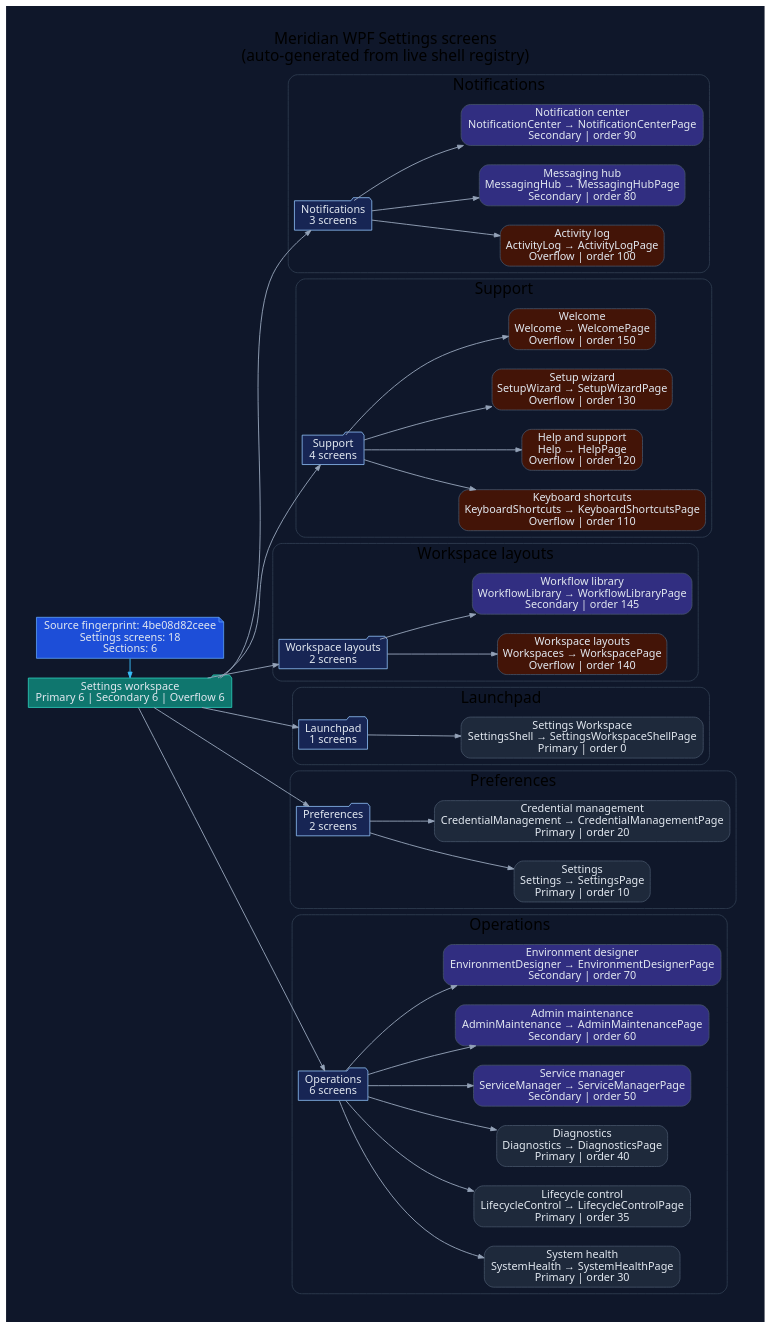
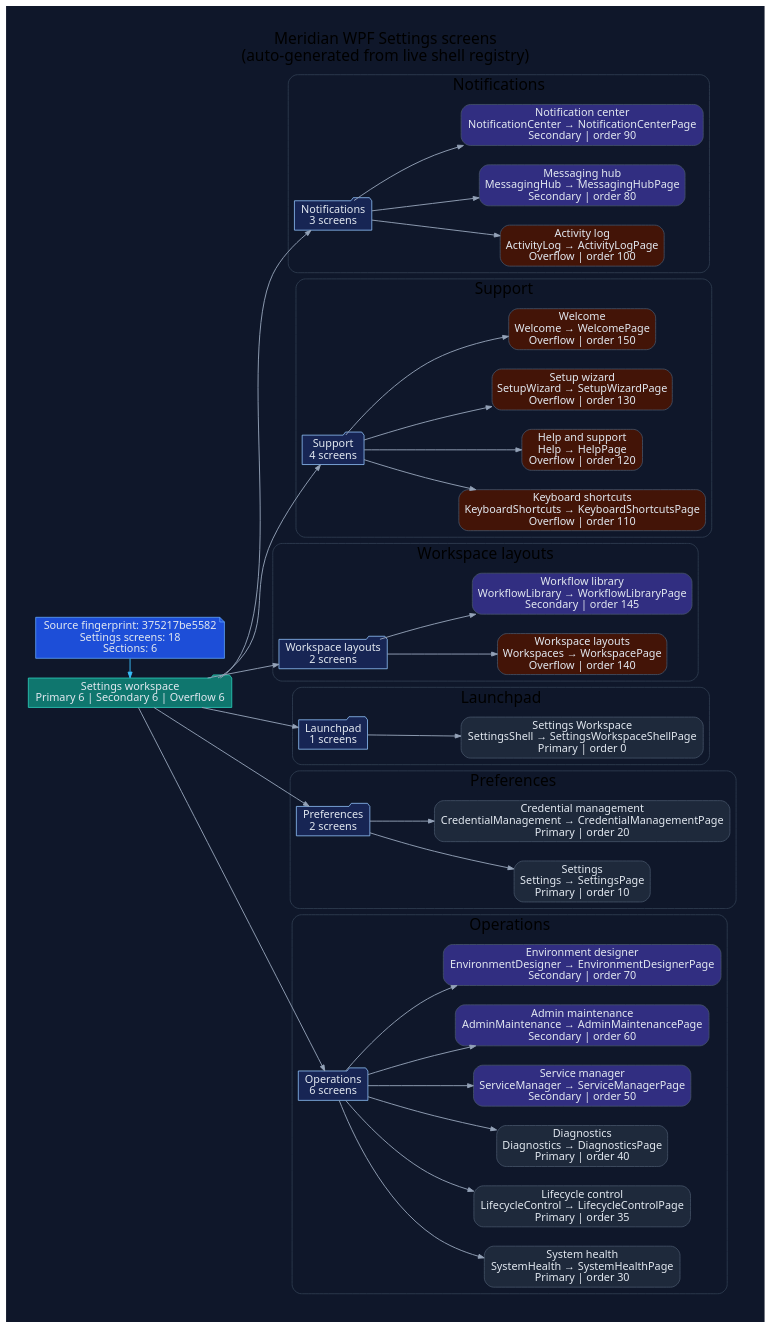
Before and after one commit to rodoHasArrived/Meridian-main: the diagram in docs/diagrams/ui-wpf-screens-settings.dot, drawn with Graphviz. The commit also changed 158 other files, not shown here.

```diff
--- a/docs/diagrams/ui-wpf-screens-settings.dot
+++ b/docs/diagrams/ui-wpf-screens-settings.dot
@@ -1,110 +1,110 @@
 // -----------------------------------------------------------------------------
 // <auto-generated>
 // Generated by scripts/generate-diagrams.mjs.
 // Do not edit this file directly; update the WPF source files instead.
 // -----------------------------------------------------------------------------
 digraph WpfSettingsScreens {
   graph [
     rankdir=LR,
     labelloc=t,
     label="Meridian WPF Settings screens\n(auto-generated from live shell registry)",
     fontname="Segoe UI",
     fontsize=20,
     pad=0.4,
     nodesep=0.35,
     ranksep=0.85,
     bgcolor="#0f172a"
   ];
   node [fontname="Segoe UI", shape=box, style="rounded,filled", color="#475569", fontcolor="#e2e8f0", fillcolor="#1e293b"];
   edge [fontname="Segoe UI", color="#94a3b8", penwidth=1.2, arrowsize=0.75];
 
-  generated [shape=note, fillcolor="#1d4ed8", color="#60a5fa", label="Source fingerprint: 4be08d82ceee\nSettings screens: 18\nSections: 6"];
+  generated [shape=note, fillcolor="#1d4ed8", color="#60a5fa", label="Source fingerprint: 375217be5582\nSettings screens: 18\nSections: 6"];
   workspace [shape=folder, fillcolor="#0f766e", color="#2dd4bf", label="Settings workspace\nPrimary 6 | Secondary 6 | Overflow 6"];
   generated -> workspace [color="#38bdf8"];
 
   subgraph cluster_section_1 {
     label="Notifications";
     color="#334155";
     style="rounded";
     section_1 [shape=folder, fillcolor="#172554", color="#93c5fd", label="Notifications\n3 screens"];
     workspace -> section_1;
     screen_ActivityLog [fillcolor="#431407", label="Activity log\nActivityLog → ActivityLogPage\nOverflow | order 100"];
     section_1 -> screen_ActivityLog;
     screen_MessagingHub [fillcolor="#312e81", label="Messaging hub\nMessagingHub → MessagingHubPage\nSecondary | order 80"];
     section_1 -> screen_MessagingHub;
     screen_NotificationCenter [fillcolor="#312e81", label="Notification center\nNotificationCenter → NotificationCenterPage\nSecondary | order 90"];
     section_1 -> screen_NotificationCenter;
   }
 
   subgraph cluster_section_2 {
     label="Support";
     color="#334155";
     style="rounded";
     section_2 [shape=folder, fillcolor="#172554", color="#93c5fd", label="Support\n4 screens"];
     workspace -> section_2;
     screen_KeyboardShortcuts [fillcolor="#431407", label="Keyboard shortcuts\nKeyboardShortcuts → KeyboardShortcutsPage\nOverflow | order 110"];
     section_2 -> screen_KeyboardShortcuts;
     screen_Help [fillcolor="#431407", label="Help and support\nHelp → HelpPage\nOverflow | order 120"];
     section_2 -> screen_Help;
     screen_SetupWizard [fillcolor="#431407", label="Setup wizard\nSetupWizard → SetupWizardPage\nOverflow | order 130"];
     section_2 -> screen_SetupWizard;
     screen_Welcome [fillcolor="#431407", label="Welcome\nWelcome → WelcomePage\nOverflow | order 150"];
     section_2 -> screen_Welcome;
   }
 
   subgraph cluster_section_3 {
     label="Workspace layouts";
     color="#334155";
     style="rounded";
     section_3 [shape=folder, fillcolor="#172554", color="#93c5fd", label="Workspace layouts\n2 screens"];
     workspace -> section_3;
     screen_Workspaces [fillcolor="#431407", label="Workspace layouts\nWorkspaces → WorkspacePage\nOverflow | order 140"];
     section_3 -> screen_Workspaces;
     screen_WorkflowLibrary [fillcolor="#312e81", label="Workflow library\nWorkflowLibrary → WorkflowLibraryPage\nSecondary | order 145"];
     section_3 -> screen_WorkflowLibrary;
   }
 
   subgraph cluster_section_4 {
     label="Launchpad";
     color="#334155";
     style="rounded";
     section_4 [shape=folder, fillcolor="#172554", color="#93c5fd", label="Launchpad\n1 screens"];
     workspace -> section_4;
     screen_SettingsShell [fillcolor="#1e293b", label="Settings Workspace\nSettingsShell → SettingsWorkspaceShellPage\nPrimary | order 0"];
     section_4 -> screen_SettingsShell;
   }
 
   subgraph cluster_section_5 {
     label="Preferences";
     color="#334155";
     style="rounded";
     section_5 [shape=folder, fillcolor="#172554", color="#93c5fd", label="Preferences\n2 screens"];
     workspace -> section_5;
     screen_Settings [fillcolor="#1e293b", label="Settings\nSettings → SettingsPage\nPrimary | order 10"];
     section_5 -> screen_Settings;
     screen_CredentialManagement [fillcolor="#1e293b", label="Credential management\nCredentialManagement → CredentialManagementPage\nPrimary | order 20"];
     section_5 -> screen_CredentialManagement;
   }
 
   subgraph cluster_section_6 {
     label="Operations";
     color="#334155";
     style="rounded";
     section_6 [shape=folder, fillcolor="#172554", color="#93c5fd", label="Operations\n6 screens"];
     workspace -> section_6;
     screen_SystemHealth [fillcolor="#1e293b", label="System health\nSystemHealth → SystemHealthPage\nPrimary | order 30"];
     section_6 -> screen_SystemHealth;
     screen_LifecycleControl [fillcolor="#1e293b", label="Lifecycle control\nLifecycleControl → LifecycleControlPage\nPrimary | order 35"];
     section_6 -> screen_LifecycleControl;
     screen_Diagnostics [fillcolor="#1e293b", label="Diagnostics\nDiagnostics → DiagnosticsPage\nPrimary | order 40"];
     section_6 -> screen_Diagnostics;
     screen_ServiceManager [fillcolor="#312e81", label="Service manager\nServiceManager → ServiceManagerPage\nSecondary | order 50"];
     section_6 -> screen_ServiceManager;
     screen_AdminMaintenance [fillcolor="#312e81", label="Admin maintenance\nAdminMaintenance → AdminMaintenancePage\nSecondary | order 60"];
     section_6 -> screen_AdminMaintenance;
     screen_EnvironmentDesigner [fillcolor="#312e81", label="Environment designer\nEnvironmentDesigner → EnvironmentDesignerPage\nSecondary | order 70"];
     section_6 -> screen_EnvironmentDesigner;
   }
 
   { rank=min; generated; workspace; }
 }
```
